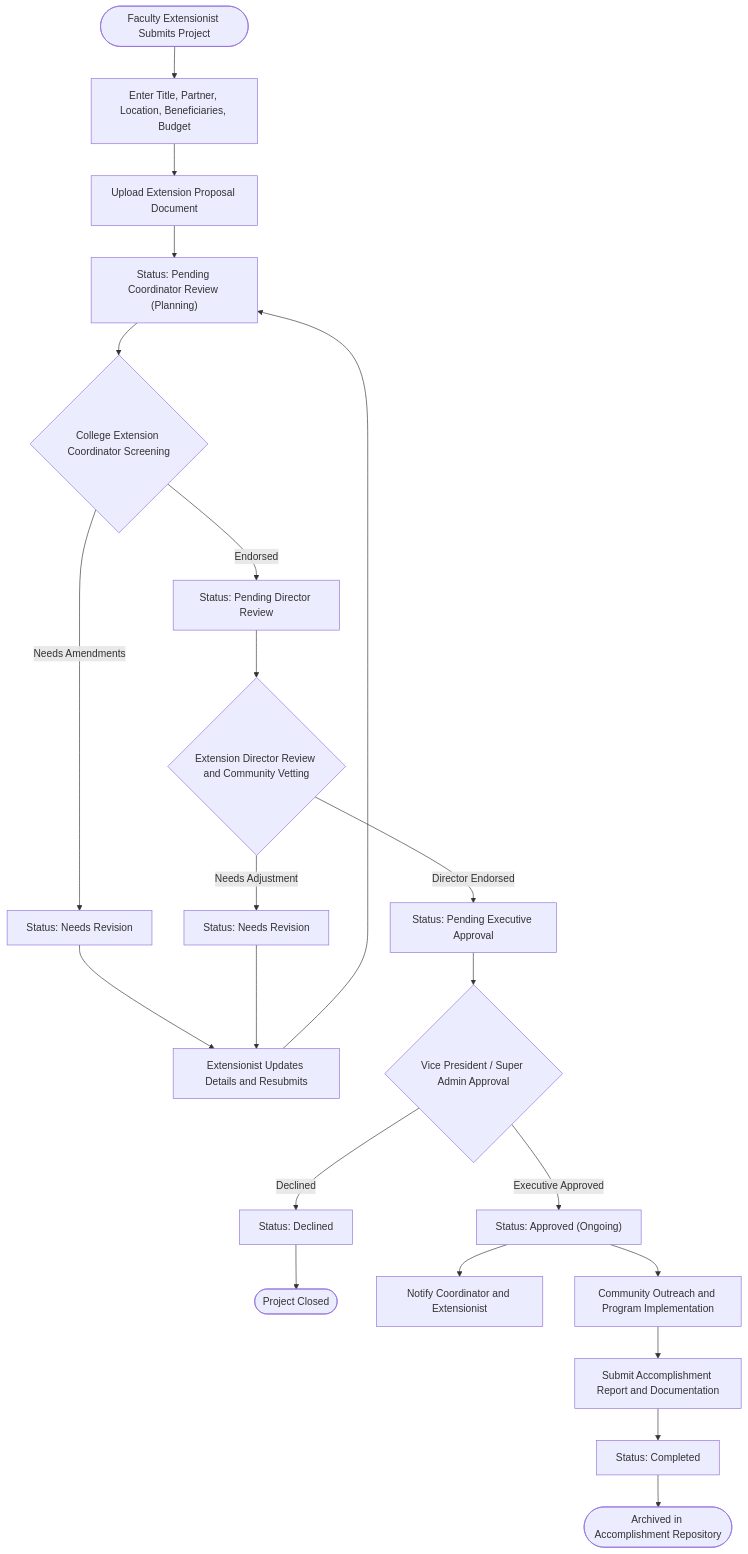
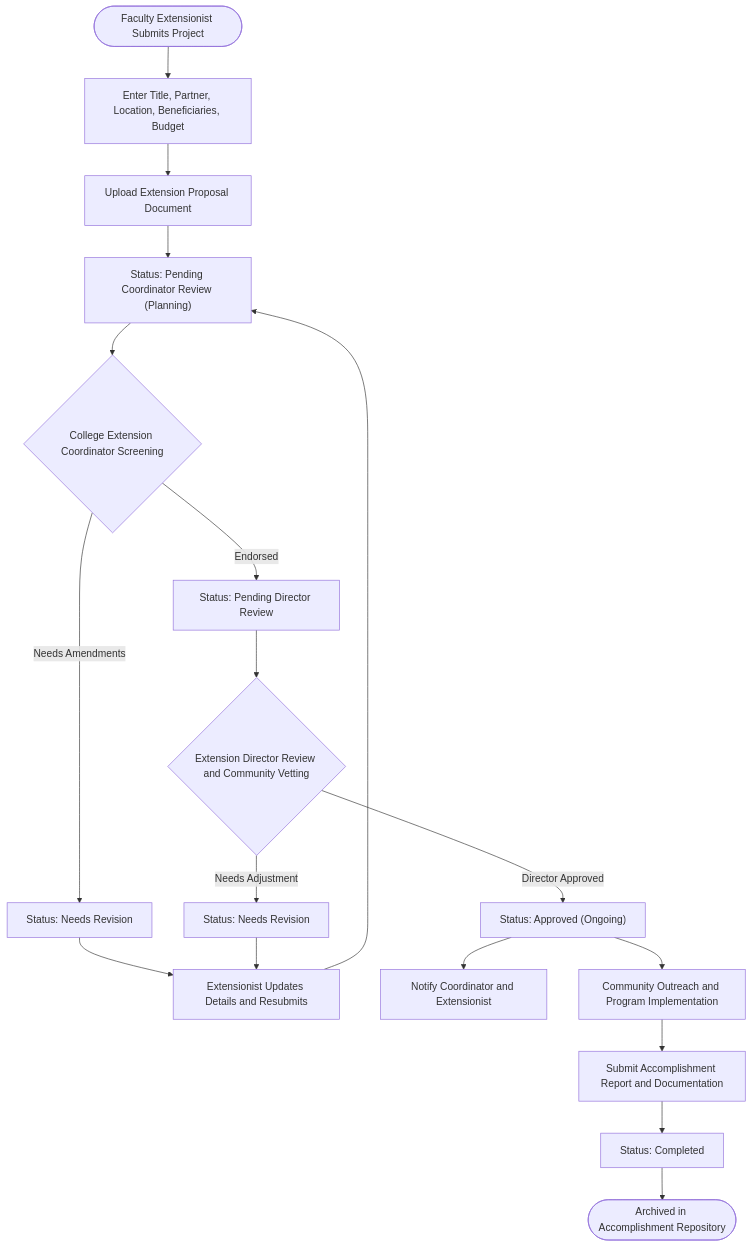
One commit to superdabs37-creator/ovpre changed the seventh of 9 diagrams in SYSTEM_DIAGRAMS.md. Above: the diagram before and after it, drawn with Mermaid. The commit also changed other lines of this file and 13 other files, not shown here.

Commit message:
Remove Pending Executive Approval stage and allow Director evaluation to directly approve proposals

````diff
--- a/SYSTEM_DIAGRAMS.md
+++ b/SYSTEM_DIAGRAMS.md
@@ -336,32 +321,26 @@
 ```mermaid
 flowchart TD
     StartExt([Faculty Extensionist Submits Project]) --> ExtInput["Enter Title, Partner, Location, Beneficiaries, Budget"]
     ExtInput --> ExtDoc["Upload Extension Proposal Document"]
     ExtDoc --> ExtStage1["Status: Pending Coordinator Review (Planning)"]
 
     ExtStage1 --> ExtCoord{"College Extension Coordinator Screening"}
     
     ExtCoord -->|Needs Amendments| ExtCoordRev["Status: Needs Revision"]
     ExtCoordRev --> ExtRevise["Extensionist Updates Details and Resubmits"]
     ExtRevise --> ExtStage1
 
     ExtCoord -->|Endorsed| ExtStage2["Status: Pending Director Review"]
     ExtStage2 --> ExtDirReview{"Extension Director Review and Community Vetting"}
 
     ExtDirReview -->|Needs Adjustment| ExtDirRev["Status: Needs Revision"]
     ExtDirRev --> ExtRevise
 
-    ExtDirReview -->|Director Endorsed| ExtStage3["Status: Pending Executive Approval"]
-    ExtStage3 --> ExtExec{"Vice President / Super Admin Approval"}
-
-    ExtExec -->|Declined| ExtDeclined["Status: Declined"]
-    ExtDeclined --> ExtEndClosed([Project Closed])
-
-    ExtExec -->|Executive Approved| ExtApproved["Status: Approved (Ongoing)"]
+    ExtDirReview -->|Director Approved| ExtApproved["Status: Approved (Ongoing)"]
     ExtApproved --> ExtNotify["Notify Coordinator and Extensionist"]
 
     ExtApproved --> CommunityWork["Community Outreach and Program Implementation"]
     CommunityWork --> SubmitAccomplish["Submit Accomplishment Report and Documentation"]
     SubmitAccomplish --> ExtCompleted["Status: Completed"]
     ExtCompleted --> ExtArchive([Archived in Accomplishment Repository])
 ```
````
